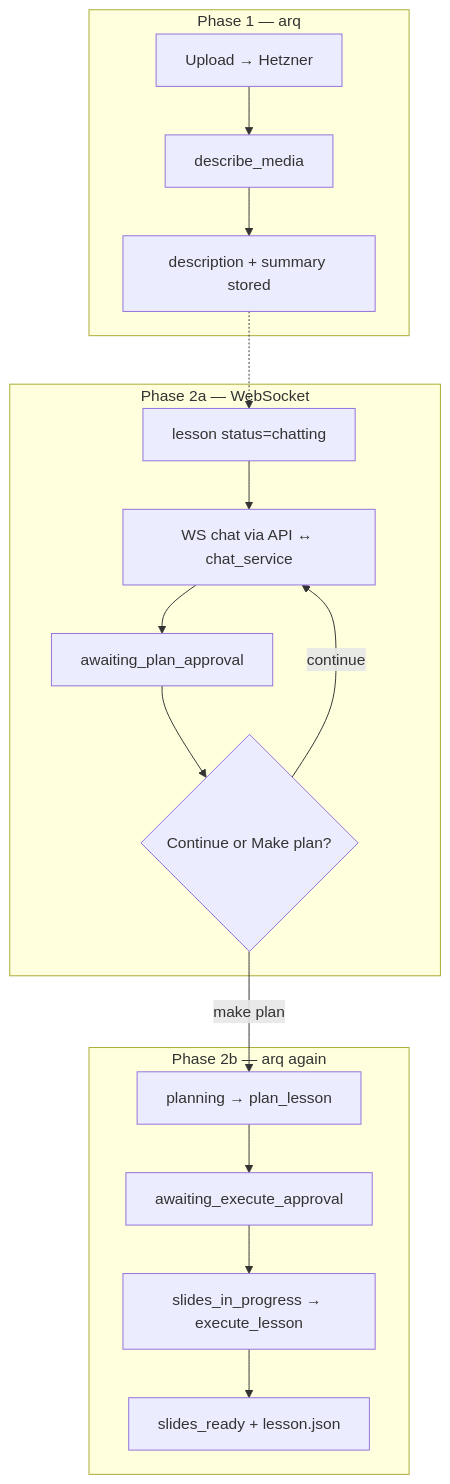
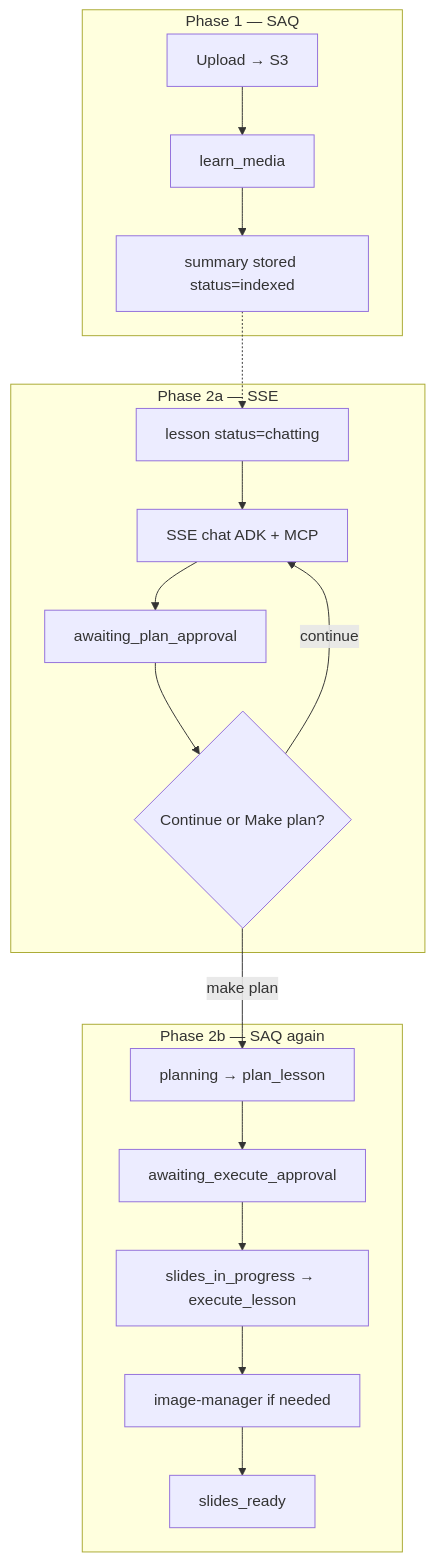
Before and after one commit to BasselSallam2/teacher-mock: the second of 5 diagrams in docs/architecture/05-queue-and-sequence.md, drawn with Mermaid. The commit also changed other lines of this file and 10 other files, not shown here.

Commit message:
Enhance README and add system overview documentation; update media handling and lesson planning architecture. Introduce nested media folders and clarify production stack details.

````diff
--- a/docs/architecture/05-queue-and-sequence.md
+++ b/docs/architecture/05-queue-and-sequence.md
@@ -43,23 +57,24 @@
 ```mermaid
 flowchart TB
-  subgraph phase1 [Phase 1 — arq]
-    U1["Upload → Hetzner"] --> U2["describe_media"]
-    U2 --> U3["description + summary stored"]
+  subgraph phase1 [Phase 1 — SAQ]
+    U1["Upload → S3"] --> U2["learn_media"]
+    U2 --> U3["summary stored status=indexed"]
   end
 
-  subgraph phase2a [Phase 2a — WebSocket]
-    L1["lesson status=chatting"] --> L2["WS chat via API ↔ chat_service"]
+  subgraph phase2a [Phase 2a — SSE]
+    L1["lesson status=chatting"] --> L2["SSE chat ADK + MCP"]
     L2 --> L3["awaiting_plan_approval"]
     L3 --> L4{"Continue or Make plan?"}
     L4 -->|continue| L2
   end
 
-  subgraph phase2b [Phase 2b — arq again]
+  subgraph phase2b [Phase 2b — SAQ again]
     L4 -->|make plan| L5["planning → plan_lesson"]
     L5 --> L6["awaiting_execute_approval"]
     L6 --> L7["slides_in_progress → execute_lesson"]
-    L7 --> L8["slides_ready + lesson.json"]
+    L7 --> L8["image-manager if needed"]
+    L8 --> L9["slides_ready"]
   end
 
   U3 -.-> L1
 ```
````
